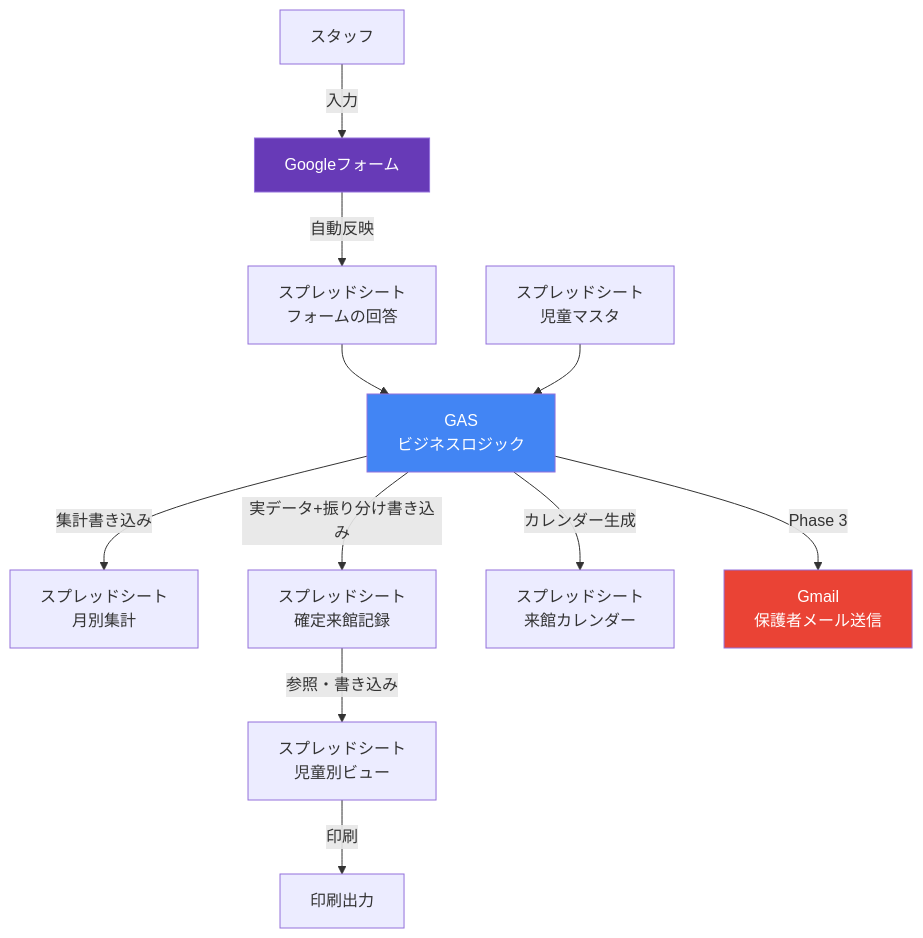
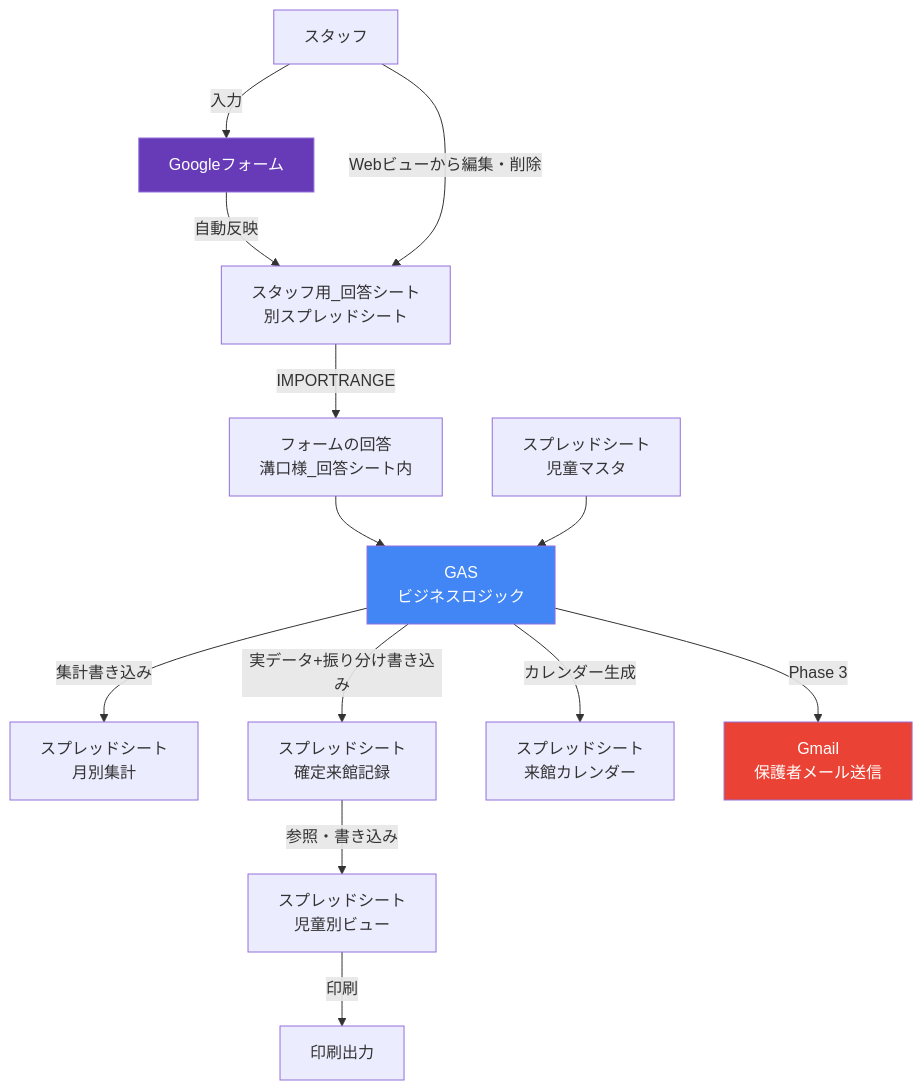
Before and after one commit to Tatetsu/oen-yorimado: the first of 4 diagrams in docs/architecture.md, drawn with Mermaid. The commit also changed other lines of this file and 16 other files, not shown here.

````diff
--- a/docs/architecture.md
+++ b/docs/architecture.md
@@ -5,21 +5,24 @@
 ```mermaid
 graph TD
     A[スタッフ] -->|入力| B[Googleフォーム]
-    B -->|自動反映| C[スプレッドシート<br/>フォームの回答]
+    B -->|自動反映| C[スタッフ用_回答シート<br/>別スプレッドシート]
+    A -->|Webビューから編集・削除| C
 
-    C --> D[GAS<br/>ビジネスロジック]
+    C -->|IMPORTRANGE| C2[フォームの回答<br/>溝口様_回答シート内]
+
+    C2 --> D[GAS<br/>ビジネスロジック]
     E[スプレッドシート<br/>児童マスタ] --> D
 
     D -->|集計書き込み| F[スプレッドシート<br/>月別集計]
     D -->|実データ+振り分け書き込み| H[スプレッドシート<br/>確定来館記録]
     D -->|カレンダー生成| H2[スプレッドシート<br/>来館カレンダー]
     H -->|参照・書き込み| I[スプレッドシート<br/>児童別ビュー]
 
     I -->|印刷| J[印刷出力]
 
     D -->|Phase 3| K[Gmail<br/>保護者メール送信]
 
     style D fill:#4285F4,color:#fff
     style B fill:#673AB7,color:#fff
     style K fill:#EA4335,color:#fff
 ```
````
